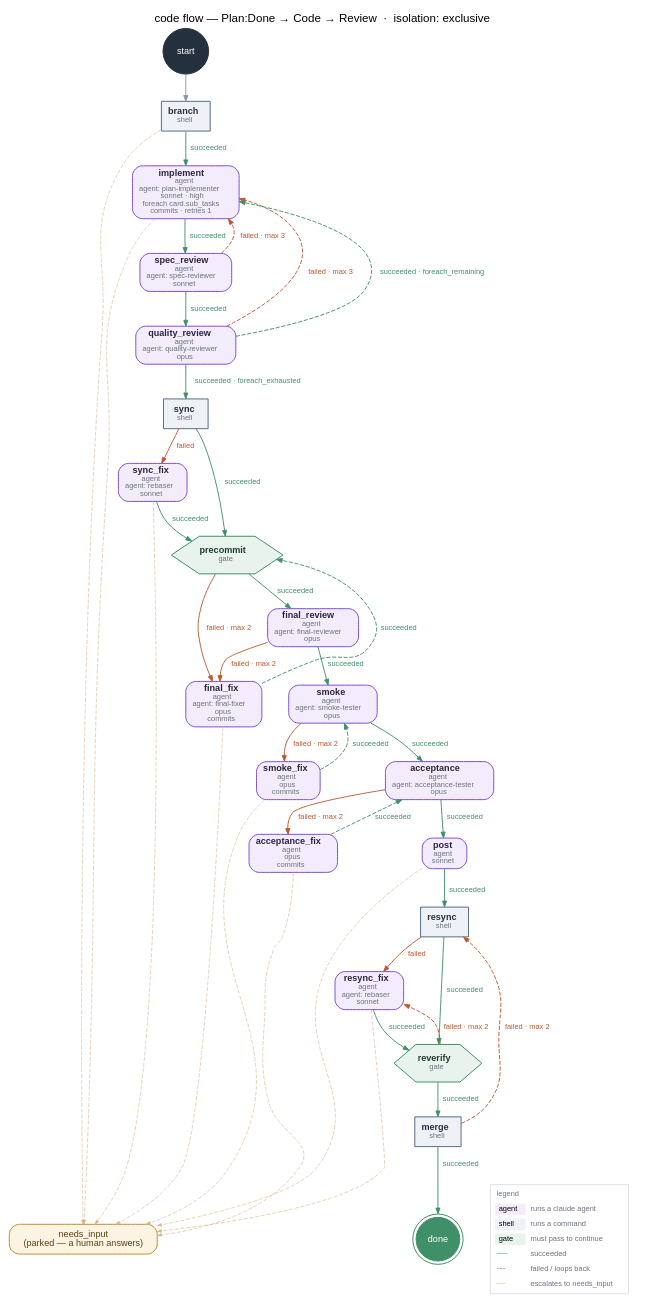
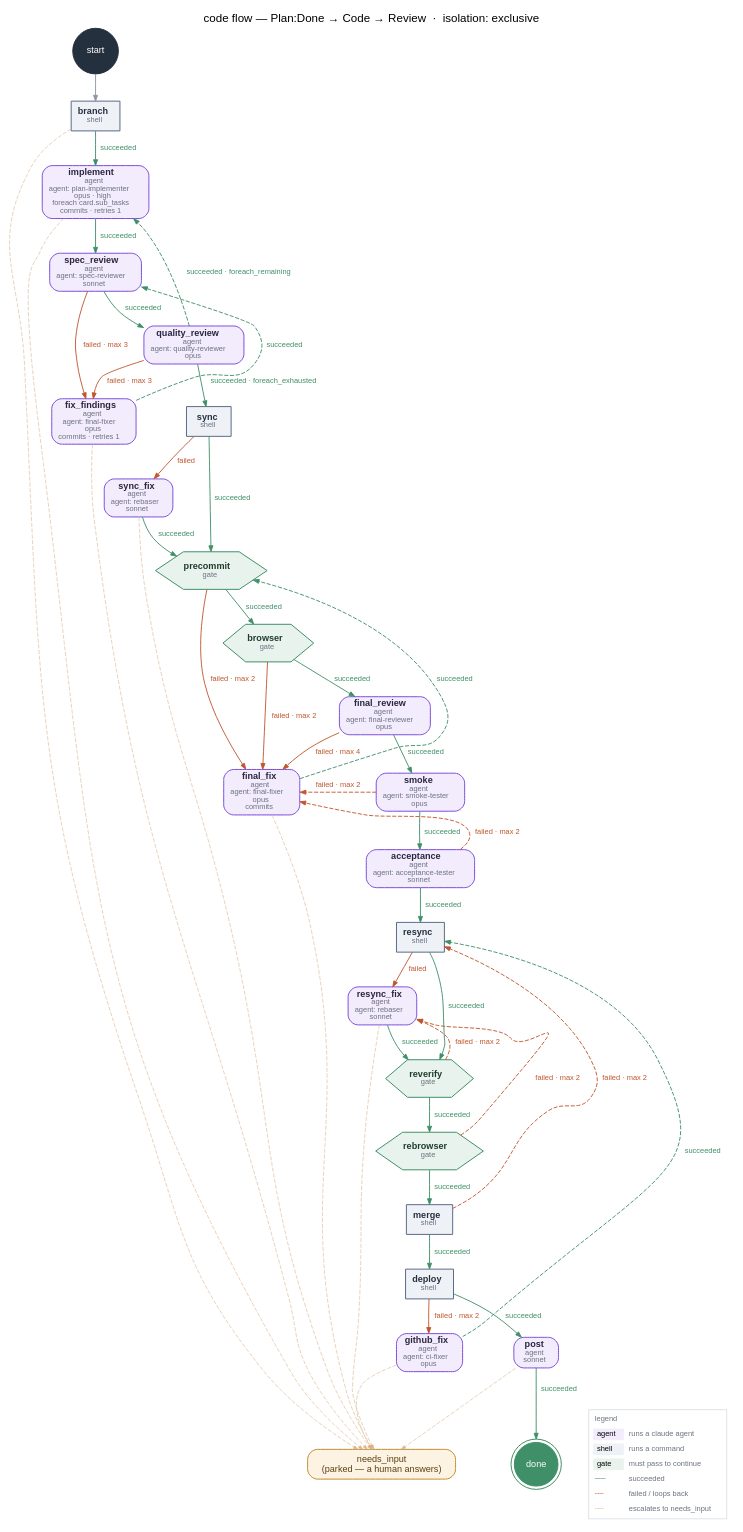
One commit to jeremylightsmith/relay changed the diagram in docs/designs/flows/code.dot. Above: the diagram before and after it, drawn with Graphviz. The commit also changed 28 other files, not shown here.

```diff
--- a/docs/designs/flows/code.dot
+++ b/docs/designs/flows/code.dot
@@ -13,60 +13,69 @@
   { rank=sink; "done"; "needs_input"; }
 
   "branch" [label=<<b>branch</b><br/><font point-size="9" color="#6b7280">shell</font>>, shape="box", style="filled", fillcolor="#eef1f6", color="#5b6b86", fontcolor="#25303f"];
-  "implement" [label=<<b>implement</b><br/><font point-size="9" color="#6b7280">agent</font><br/><font point-size="9" color="#6b7280">agent: plan-implementer</font><br/><font point-size="9" color="#6b7280">sonnet · high</font><br/><font point-size="9" color="#6b7280">foreach card.sub_tasks</font><br/><font point-size="9" color="#6b7280">commits · retries 1</font>>, shape="box", style="rounded,filled", fillcolor="#f3ecfd", color="#7c4ddb", fontcolor="#2b2540"];
+  "implement" [label=<<b>implement</b><br/><font point-size="9" color="#6b7280">agent</font><br/><font point-size="9" color="#6b7280">agent: plan-implementer</font><br/><font point-size="9" color="#6b7280">opus · high</font><br/><font point-size="9" color="#6b7280">foreach card.sub_tasks</font><br/><font point-size="9" color="#6b7280">commits · retries 1</font>>, shape="box", style="rounded,filled", fillcolor="#f3ecfd", color="#7c4ddb", fontcolor="#2b2540"];
   "spec_review" [label=<<b>spec_review</b><br/><font point-size="9" color="#6b7280">agent</font><br/><font point-size="9" color="#6b7280">agent: spec-reviewer</font><br/><font point-size="9" color="#6b7280">sonnet</font>>, shape="box", style="rounded,filled", fillcolor="#f3ecfd", color="#7c4ddb", fontcolor="#2b2540"];
   "quality_review" [label=<<b>quality_review</b><br/><font point-size="9" color="#6b7280">agent</font><br/><font point-size="9" color="#6b7280">agent: quality-reviewer</font><br/><font point-size="9" color="#6b7280">opus</font>>, shape="box", style="rounded,filled", fillcolor="#f3ecfd", color="#7c4ddb", fontcolor="#2b2540"];
+  "fix_findings" [label=<<b>fix_findings</b><br/><font point-size="9" color="#6b7280">agent</font><br/><font point-size="9" color="#6b7280">agent: final-fixer</font><br/><font point-size="9" color="#6b7280">opus</font><br/><font point-size="9" color="#6b7280">commits · retries 1</font>>, shape="box", style="rounded,filled", fillcolor="#f3ecfd", color="#7c4ddb", fontcolor="#2b2540"];
   "sync" [label=<<b>sync</b><br/><font point-size="9" color="#6b7280">shell</font>>, shape="box", style="filled", fillcolor="#eef1f6", color="#5b6b86", fontcolor="#25303f"];
   "sync_fix" [label=<<b>sync_fix</b><br/><font point-size="9" color="#6b7280">agent</font><br/><font point-size="9" color="#6b7280">agent: rebaser</font><br/><font point-size="9" color="#6b7280">sonnet</font>>, shape="box", style="rounded,filled", fillcolor="#f3ecfd", color="#7c4ddb", fontcolor="#2b2540"];
   "precommit" [label=<<b>precommit</b><br/><font point-size="9" color="#6b7280">gate</font>>, shape="hexagon", style="filled", fillcolor="#e9f3ee", color="#3f8f68", fontcolor="#1f3b2c"];
+  "browser" [label=<<b>browser</b><br/><font point-size="9" color="#6b7280">gate</font>>, shape="hexagon", style="filled", fillcolor="#e9f3ee", color="#3f8f68", fontcolor="#1f3b2c"];
   "final_review" [label=<<b>final_review</b><br/><font point-size="9" color="#6b7280">agent</font><br/><font point-size="9" color="#6b7280">agent: final-reviewer</font><br/><font point-size="9" color="#6b7280">opus</font>>, shape="box", style="rounded,filled", fillcolor="#f3ecfd", color="#7c4ddb", fontcolor="#2b2540"];
   "final_fix" [label=<<b>final_fix</b><br/><font point-size="9" color="#6b7280">agent</font><br/><font point-size="9" color="#6b7280">agent: final-fixer</font><br/><font point-size="9" color="#6b7280">opus</font><br/><font point-size="9" color="#6b7280">commits</font>>, shape="box", style="rounded,filled", fillcolor="#f3ecfd", color="#7c4ddb", fontcolor="#2b2540"];
   "smoke" [label=<<b>smoke</b><br/><font point-size="9" color="#6b7280">agent</font><br/><font point-size="9" color="#6b7280">agent: smoke-tester</font><br/><font point-size="9" color="#6b7280">opus</font>>, shape="box", style="rounded,filled", fillcolor="#f3ecfd", color="#7c4ddb", fontcolor="#2b2540"];
-  "smoke_fix" [label=<<b>smoke_fix</b><br/><font point-size="9" color="#6b7280">agent</font><br/><font point-size="9" color="#6b7280">opus</font><br/><font point-size="9" color="#6b7280">commits</font>>, shape="box", style="rounded,filled", fillcolor="#f3ecfd", color="#7c4ddb", fontcolor="#2b2540"];
-  "acceptance" [label=<<b>acceptance</b><br/><font point-size="9" color="#6b7280">agent</font><br/><font point-size="9" color="#6b7280">agent: acceptance-tester</font><br/><font point-size="9" color="#6b7280">opus</font>>, shape="box", style="rounded,filled", fillcolor="#f3ecfd", color="#7c4ddb", fontcolor="#2b2540"];
-  "acceptance_fix" [label=<<b>acceptance_fix</b><br/><font point-size="9" color="#6b7280">agent</font><br/><font point-size="9" color="#6b7280">opus</font><br/><font point-size="9" color="#6b7280">commits</font>>, shape="box", style="rounded,filled", fillcolor="#f3ecfd", color="#7c4ddb", fontcolor="#2b2540"];
-  "post" [label=<<b>post</b><br/><font point-size="9" color="#6b7280">agent</font><br/><font point-size="9" color="#6b7280">sonnet</font>>, shape="box", style="rounded,filled", fillcolor="#f3ecfd", color="#7c4ddb", fontcolor="#2b2540"];
+  "acceptance" [label=<<b>acceptance</b><br/><font point-size="9" color="#6b7280">agent</font><br/><font point-size="9" color="#6b7280">agent: acceptance-tester</font><br/><font point-size="9" color="#6b7280">sonnet</font>>, shape="box", style="rounded,filled", fillcolor="#f3ecfd", color="#7c4ddb", fontcolor="#2b2540"];
   "resync" [label=<<b>resync</b><br/><font point-size="9" color="#6b7280">shell</font>>, shape="box", style="filled", fillcolor="#eef1f6", color="#5b6b86", fontcolor="#25303f"];
   "resync_fix" [label=<<b>resync_fix</b><br/><font point-size="9" color="#6b7280">agent</font><br/><font point-size="9" color="#6b7280">agent: rebaser</font><br/><font point-size="9" color="#6b7280">sonnet</font>>, shape="box", style="rounded,filled", fillcolor="#f3ecfd", color="#7c4ddb", fontcolor="#2b2540"];
   "reverify" [label=<<b>reverify</b><br/><font point-size="9" color="#6b7280">gate</font>>, shape="hexagon", style="filled", fillcolor="#e9f3ee", color="#3f8f68", fontcolor="#1f3b2c"];
+  "rebrowser" [label=<<b>rebrowser</b><br/><font point-size="9" color="#6b7280">gate</font>>, shape="hexagon", style="filled", fillcolor="#e9f3ee", color="#3f8f68", fontcolor="#1f3b2c"];
   "merge" [label=<<b>merge</b><br/><font point-size="9" color="#6b7280">shell</font>>, shape="box", style="filled", fillcolor="#eef1f6", color="#5b6b86", fontcolor="#25303f"];
+  "deploy" [label=<<b>deploy</b><br/><font point-size="9" color="#6b7280">shell</font>>, shape="box", style="filled", fillcolor="#eef1f6", color="#5b6b86", fontcolor="#25303f"];
+  "github_fix" [label=<<b>github_fix</b><br/><font point-size="9" color="#6b7280">agent</font><br/><font point-size="9" color="#6b7280">agent: ci-fixer</font><br/><font point-size="9" color="#6b7280">opus</font>>, shape="box", style="rounded,filled", fillcolor="#f3ecfd", color="#7c4ddb", fontcolor="#2b2540"];
+  "post" [label=<<b>post</b><br/><font point-size="9" color="#6b7280">agent</font><br/><font point-size="9" color="#6b7280">sonnet</font>>, shape="box", style="rounded,filled", fillcolor="#f3ecfd", color="#7c4ddb", fontcolor="#2b2540"];
 
   "start" -> "branch" [color="#8b95a5", fontcolor="#8b95a5"];
   "branch" -> "implement" [color="#3f8f68", fontcolor="#3f8f68", label=" succeeded "];
   "implement" -> "spec_review" [color="#3f8f68", fontcolor="#3f8f68", label=" succeeded "];
-  "spec_review" -> "implement" [color="#c0562e", fontcolor="#c0562e", label=" failed · max 3 ", constraint=false, weight=0, style=dashed];
+  "spec_review" -> "fix_findings" [color="#c0562e", fontcolor="#c0562e", label=" failed · max 3 "];
   "spec_review" -> "quality_review" [color="#3f8f68", fontcolor="#3f8f68", label=" succeeded "];
-  "quality_review" -> "implement" [color="#c0562e", fontcolor="#c0562e", label=" failed · max 3 ", constraint=false, weight=0, style=dashed];
+  "quality_review" -> "fix_findings" [color="#c0562e", fontcolor="#c0562e", label=" failed · max 3 "];
   "quality_review" -> "implement" [color="#3f8f68", fontcolor="#3f8f68", label=" succeeded · foreach_remaining ", constraint=false, weight=0, style=dashed];
   "quality_review" -> "sync" [color="#3f8f68", fontcolor="#3f8f68", label=" succeeded · foreach_exhausted "];
+  "fix_findings" -> "spec_review" [color="#3f8f68", fontcolor="#3f8f68", label=" succeeded ", constraint=false, weight=0, style=dashed];
   "sync" -> "precommit" [color="#3f8f68", fontcolor="#3f8f68", label=" succeeded "];
   "sync" -> "sync_fix" [color="#c0562e", fontcolor="#c0562e", label=" failed "];
   "sync_fix" -> "precommit" [color="#3f8f68", fontcolor="#3f8f68", label=" succeeded "];
   "precommit" -> "final_fix" [color="#c0562e", fontcolor="#c0562e", label=" failed · max 2 "];
-  "precommit" -> "final_review" [color="#3f8f68", fontcolor="#3f8f68", label=" succeeded "];
-  "final_review" -> "final_fix" [color="#c0562e", fontcolor="#c0562e", label=" failed · max 2 "];
+  "precommit" -> "browser" [color="#3f8f68", fontcolor="#3f8f68", label=" succeeded "];
+  "browser" -> "final_fix" [color="#c0562e", fontcolor="#c0562e", label=" failed · max 2 "];
+  "browser" -> "final_review" [color="#3f8f68", fontcolor="#3f8f68", label=" succeeded "];
+  "final_review" -> "final_fix" [color="#c0562e", fontcolor="#c0562e", label=" failed · max 4 "];
   "final_review" -> "smoke" [color="#3f8f68", fontcolor="#3f8f68", label=" succeeded "];
   "final_fix" -> "precommit" [color="#3f8f68", fontcolor="#3f8f68", label=" succeeded ", constraint=false, weight=0, style=dashed];
-  "smoke" -> "smoke_fix" [color="#c0562e", fontcolor="#c0562e", label=" failed · max 2 "];
-  "smoke_fix" -> "smoke" [color="#3f8f68", fontcolor="#3f8f68", label=" succeeded ", constraint=false, weight=0, style=dashed];
+  "smoke" -> "final_fix" [color="#c0562e", fontcolor="#c0562e", label=" failed · max 2 ", constraint=false, weight=0, style=dashed];
   "smoke" -> "acceptance" [color="#3f8f68", fontcolor="#3f8f68", label=" succeeded "];
-  "acceptance" -> "acceptance_fix" [color="#c0562e", fontcolor="#c0562e", label=" failed · max 2 "];
-  "acceptance_fix" -> "acceptance" [color="#3f8f68", fontcolor="#3f8f68", label=" succeeded ", constraint=false, weight=0, style=dashed];
-  "acceptance" -> "post" [color="#3f8f68", fontcolor="#3f8f68", label=" succeeded "];
-  "post" -> "resync" [color="#3f8f68", fontcolor="#3f8f68", label=" succeeded "];
+  "acceptance" -> "final_fix" [color="#c0562e", fontcolor="#c0562e", label=" failed · max 2 ", constraint=false, weight=0, style=dashed];
+  "acceptance" -> "resync" [color="#3f8f68", fontcolor="#3f8f68", label=" succeeded "];
   "resync" -> "reverify" [color="#3f8f68", fontcolor="#3f8f68", label=" succeeded "];
   "resync" -> "resync_fix" [color="#c0562e", fontcolor="#c0562e", label=" failed "];
   "resync_fix" -> "reverify" [color="#3f8f68", fontcolor="#3f8f68", label=" succeeded "];
   "reverify" -> "resync_fix" [color="#c0562e", fontcolor="#c0562e", label=" failed · max 2 ", constraint=false, weight=0, style=dashed];
-  "reverify" -> "merge" [color="#3f8f68", fontcolor="#3f8f68", label=" succeeded "];
-  "merge" -> "done" [color="#3f8f68", fontcolor="#3f8f68", label=" succeeded "];
+  "reverify" -> "rebrowser" [color="#3f8f68", fontcolor="#3f8f68", label=" succeeded "];
+  "rebrowser" -> "resync_fix" [color="#c0562e", fontcolor="#c0562e", label=" failed · max 2 ", constraint=false, weight=0, style=dashed];
+  "rebrowser" -> "merge" [color="#3f8f68", fontcolor="#3f8f68", label=" succeeded "];
+  "merge" -> "deploy" [color="#3f8f68", fontcolor="#3f8f68", label=" succeeded "];
   "merge" -> "resync" [color="#c0562e", fontcolor="#c0562e", label=" failed · max 2 ", constraint=false, weight=0, style=dashed];
+  "deploy" -> "post" [color="#3f8f68", fontcolor="#3f8f68", label=" succeeded "];
+  "deploy" -> "github_fix" [color="#c0562e", fontcolor="#c0562e", label=" failed · max 2 "];
+  "github_fix" -> "resync" [color="#3f8f68", fontcolor="#3f8f68", label=" succeeded ", constraint=false, weight=0, style=dashed];
+  "post" -> "done" [color="#3f8f68", fontcolor="#3f8f68", label=" succeeded "];
   "implement" -> "needs_input" [color="#d9b38a", style=dashed, penwidth=0.7, arrowsize=0.5, weight=0];
+  "fix_findings" -> "needs_input" [color="#d9b38a", style=dashed, penwidth=0.7, arrowsize=0.5, weight=0];
   "sync_fix" -> "needs_input" [color="#d9b38a", style=dashed, penwidth=0.7, arrowsize=0.5, weight=0];
   "final_fix" -> "needs_input" [color="#d9b38a", style=dashed, penwidth=0.7, arrowsize=0.5, weight=0];
-  "smoke_fix" -> "needs_input" [color="#d9b38a", style=dashed, penwidth=0.7, arrowsize=0.5, weight=0];
-  "acceptance_fix" -> "needs_input" [color="#d9b38a", style=dashed, penwidth=0.7, arrowsize=0.5, weight=0];
   "resync_fix" -> "needs_input" [color="#d9b38a", style=dashed, penwidth=0.7, arrowsize=0.5, weight=0];
+  "github_fix" -> "needs_input" [color="#d9b38a", style=dashed, penwidth=0.7, arrowsize=0.5, weight=0];
   "post" -> "needs_input" [color="#d9b38a", style=dashed, penwidth=0.7, arrowsize=0.5, weight=0];
   "branch" -> "needs_input" [color="#d9b38a", style=dashed, penwidth=0.7, arrowsize=0.5, weight=0];
 
```
